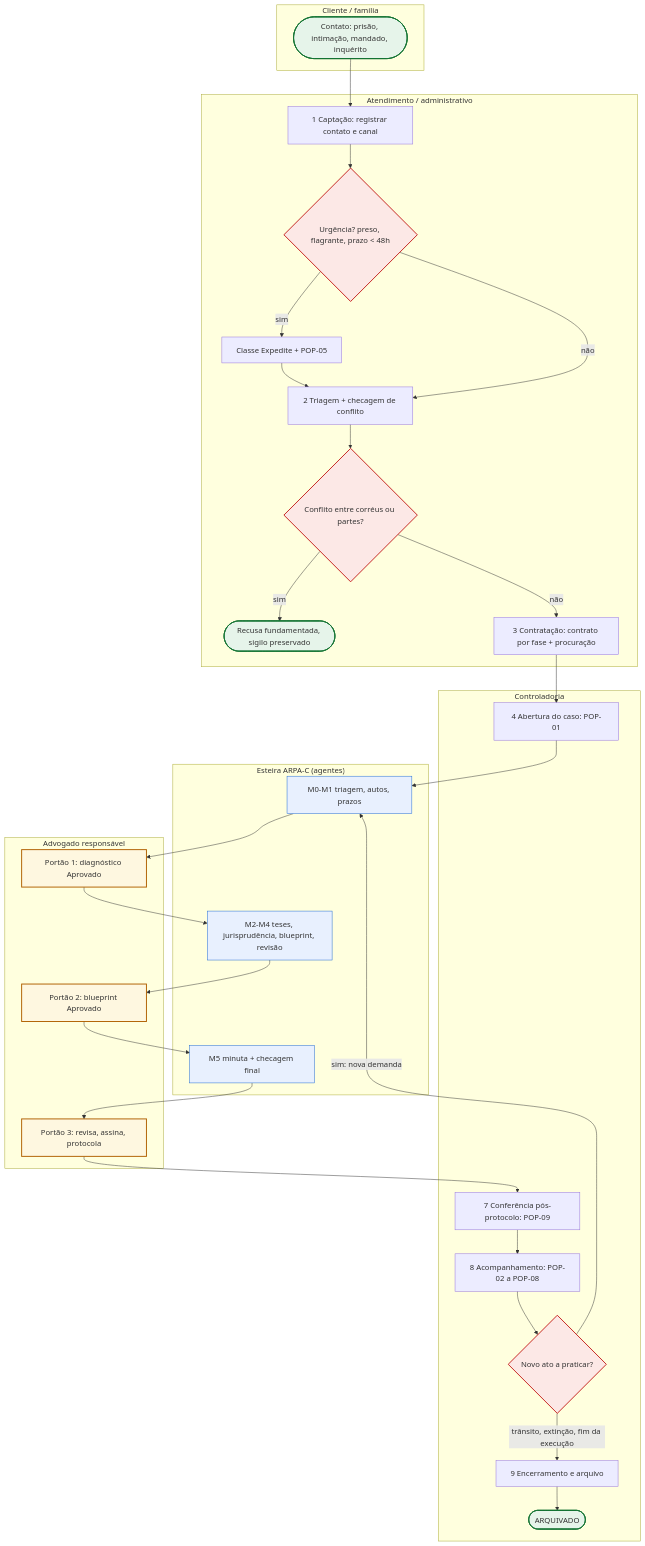
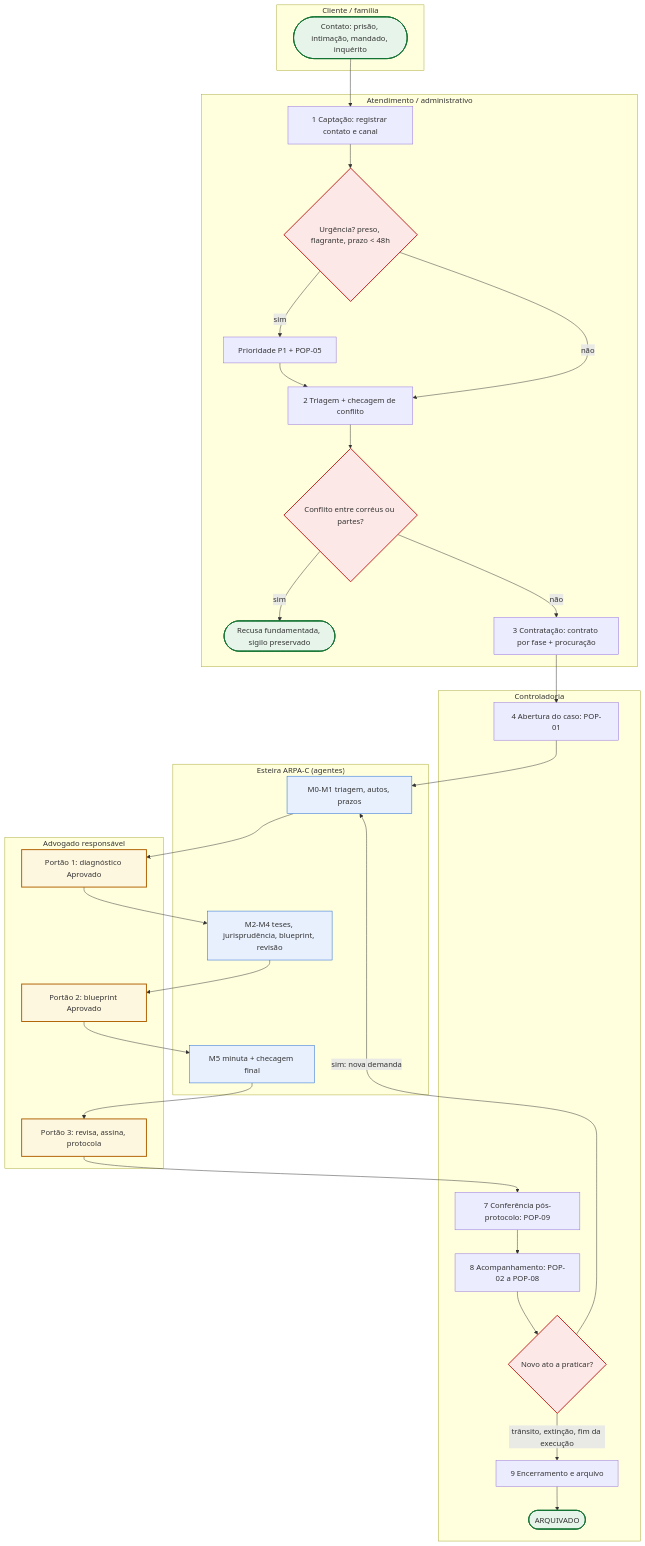
The diagram in arpa-criminal/skills/gestao-processos-criminais/SKILL.md (drjackhub/AprendendoPython), drawn with Mermaid before and after one commit. The commit also changed other lines of this file and 20 other files, not shown here.

````diff
--- a/arpa-criminal/skills/gestao-processos-criminais/SKILL.md
+++ b/arpa-criminal/skills/gestao-processos-criminais/SKILL.md
@@ -23,44 +23,44 @@
 ```mermaid
 flowchart TD
     classDef evento fill:#e6f4ea,stroke:#137333,stroke-width:2px;
     classDef humano fill:#fef7e0,stroke:#b06000,stroke-width:2px;
     classDef ia fill:#e8f0fe,stroke:#1967d2,stroke-width:1px;
     classDef gate fill:#fce8e6,stroke:#c5221f,stroke-width:2px;
     subgraph L1["Cliente / família"]
         S0(["Contato: prisão, intimação, mandado, inquérito"]):::evento
     end
     subgraph L2["Atendimento / administrativo"]
         P1["1 Captação: registrar contato e canal"]
         G1{"Urgência? preso, flagrante, prazo < 48h"}:::gate
-        U1["Classe Expedite + POP-05"]
+        U1["Prioridade P1 + POP-05"]
         P2["2 Triagem + checagem de conflito"]
         G2{"Conflito entre corréus ou partes?"}:::gate
         X1(["Recusa fundamentada, sigilo preservado"]):::evento
         P3["3 Contratação: contrato por fase + procuração"]
     end
     subgraph L3["Controladoria"]
         P4["4 Abertura do caso: POP-01"]
         P7["7 Conferência pós-protocolo: POP-09"]
         P8["8 Acompanhamento: POP-02 a POP-08"]
         G3{"Novo ato a praticar?"}:::gate
         P9["9 Encerramento e arquivo"]
         E1(["ARQUIVADO"]):::evento
     end
     subgraph L4["Esteira ARPA-C (agentes)"]
         A1["M0-M1 triagem, autos, prazos"]:::ia
         A2["M2-M4 teses, jurisprudência, blueprint, revisão"]:::ia
         A3["M5 minuta + checagem final"]:::ia
     end
     subgraph L5["Advogado responsável"]
         H1["Portão 1: diagnóstico Aprovado"]:::humano
         H2["Portão 2: blueprint Aprovado"]:::humano
         H3["Portão 3: revisa, assina, protocola"]:::humano
     end
     S0 --> P1 --> G1
     G1 -- sim --> U1 --> P2
     G1 -- não --> P2 --> G2
     G2 -- sim --> X1
     G2 -- não --> P3 --> P4 --> A1 --> H1 --> A2 --> H2 --> A3 --> H3 --> P7 --> P8 --> G3
     G3 -- "sim: nova demanda" --> A1
     G3 -- "trânsito, extinção, fim da execução" --> P9 --> E1
 ```
````
